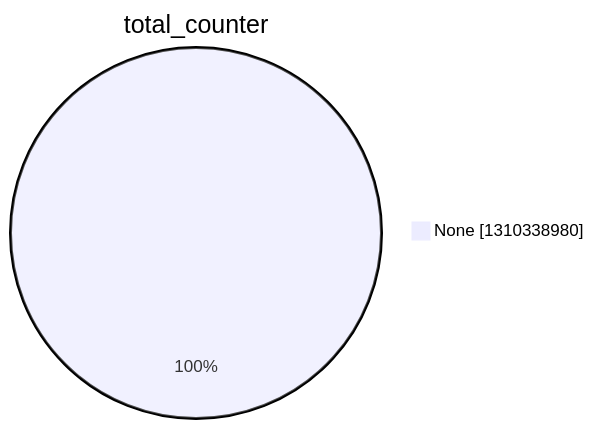
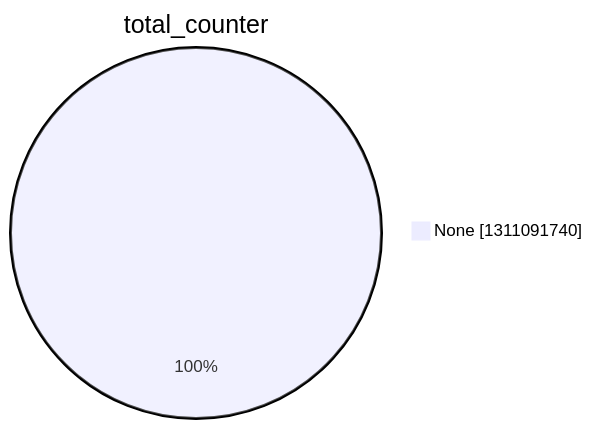
Before and after one commit to christiankrug/ctmonitor_visualization: the second of 15 diagrams in argon2022/README.md, drawn with Mermaid. The commit also changed other lines of this file, not shown here.

````diff
--- a/argon2022/README.md
+++ b/argon2022/README.md
@@ -9,5 +9,5 @@
 ```mermaid
 pie showData
 title total_counter
-"None" :1310338980
+"None" :1311091740
 ```
````
